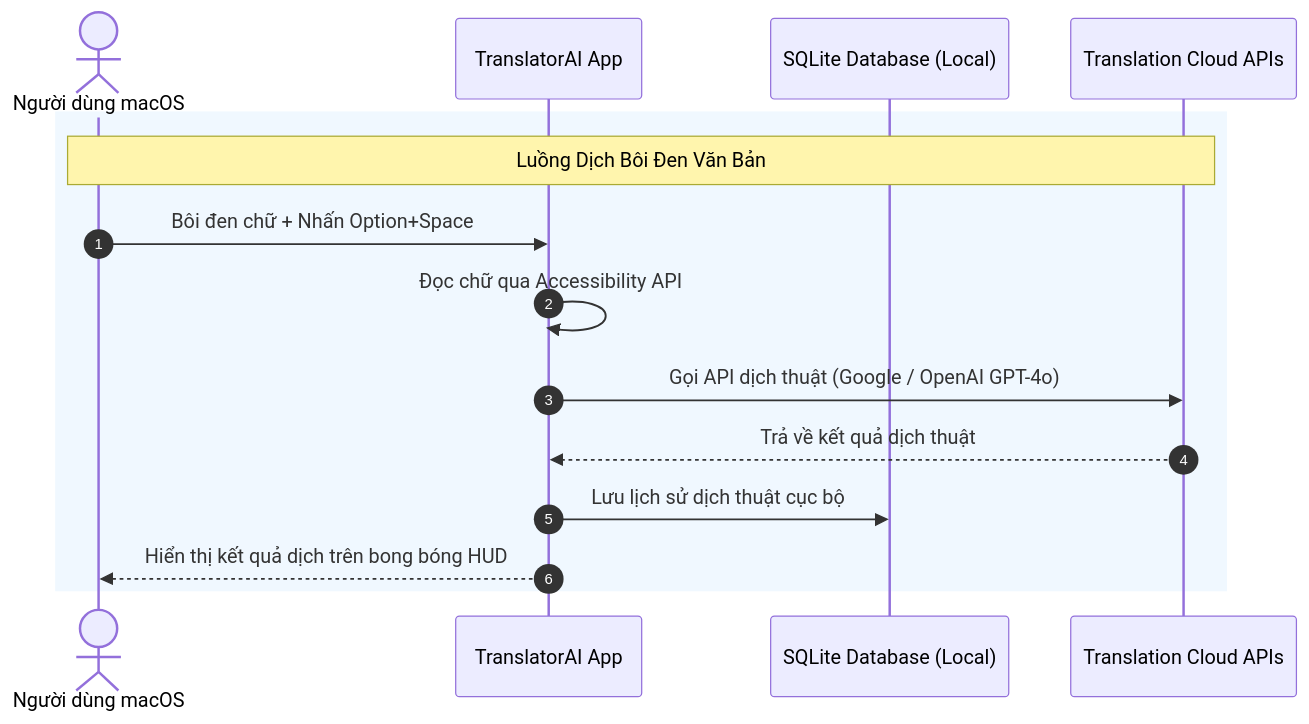
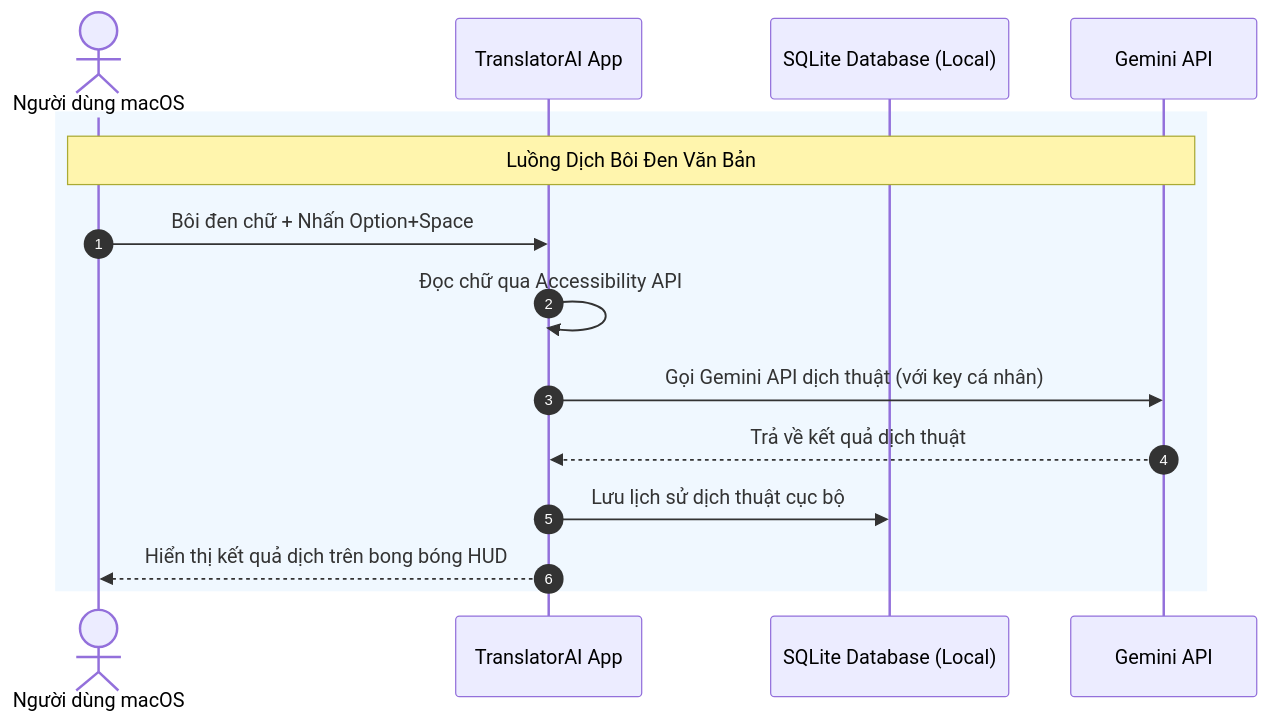
Before and after one commit to hiennv219/ai-presale-workflow: the second of 2 diagrams in projects/2026-05-22-translatorai/workspace/proposal/05-technical-architecture.md, drawn with Mermaid. The commit also changed other lines of this file and 16 other files, not shown here.

````diff
--- a/projects/2026-05-22-translatorai/workspace/proposal/05-technical-architecture.md
+++ b/projects/2026-05-22-translatorai/workspace/proposal/05-technical-architecture.md
@@ -36,18 +36,18 @@
 ```mermaid
 sequenceDiagram
     autonumber
     actor User as Người dùng macOS
     participant App as TranslatorAI App
     participant SQLite as SQLite Database (Local)
-    participant API as Translation Cloud APIs
+    participant API as Gemini API
     
     rect rgb(240, 248, 255)
         Note over User, API: Luồng Dịch Bôi Đen Văn Bản
         User->>App: Bôi đen chữ + Nhấn Option+Space
         App->>App: Đọc chữ qua Accessibility API
-        App->>API: Gọi API dịch thuật (Google / OpenAI GPT-4o)
+        App->>API: Gọi Gemini API dịch thuật (với key cá nhân)
         API-->>App: Trả về kết quả dịch thuật
         App->>SQLite: Lưu lịch sử dịch thuật cục bộ
         App-->>User: Hiển thị kết quả dịch trên bong bóng HUD
     end
 ```
````
